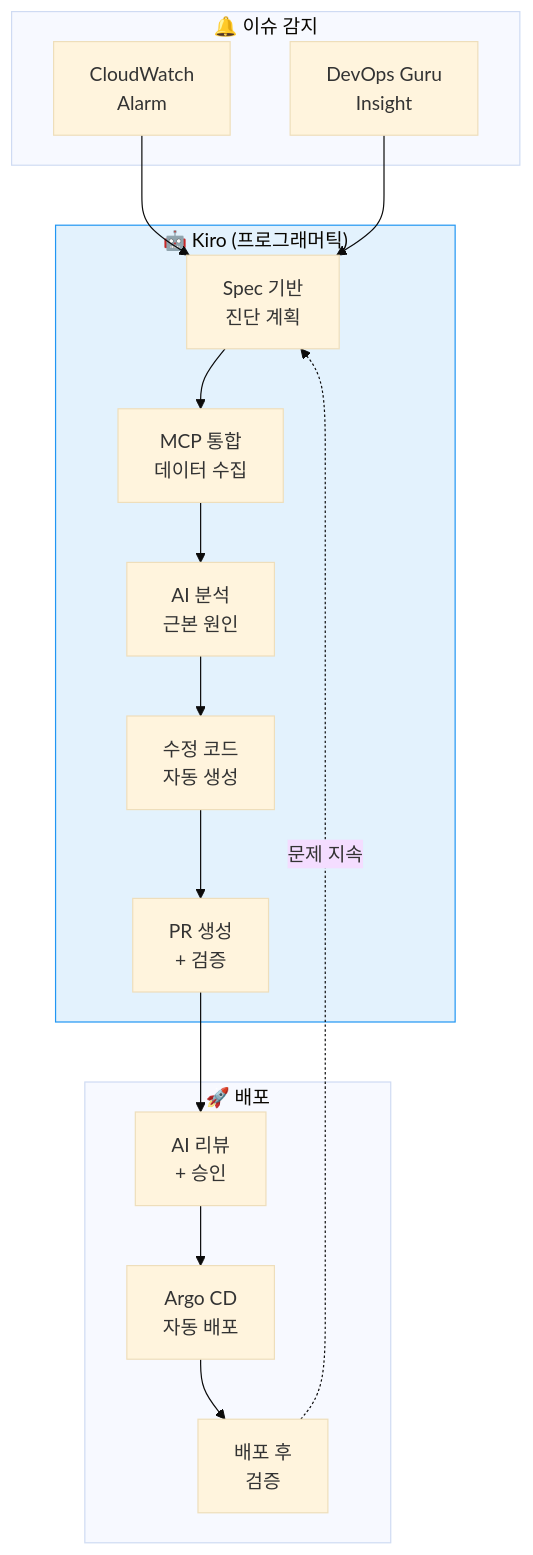
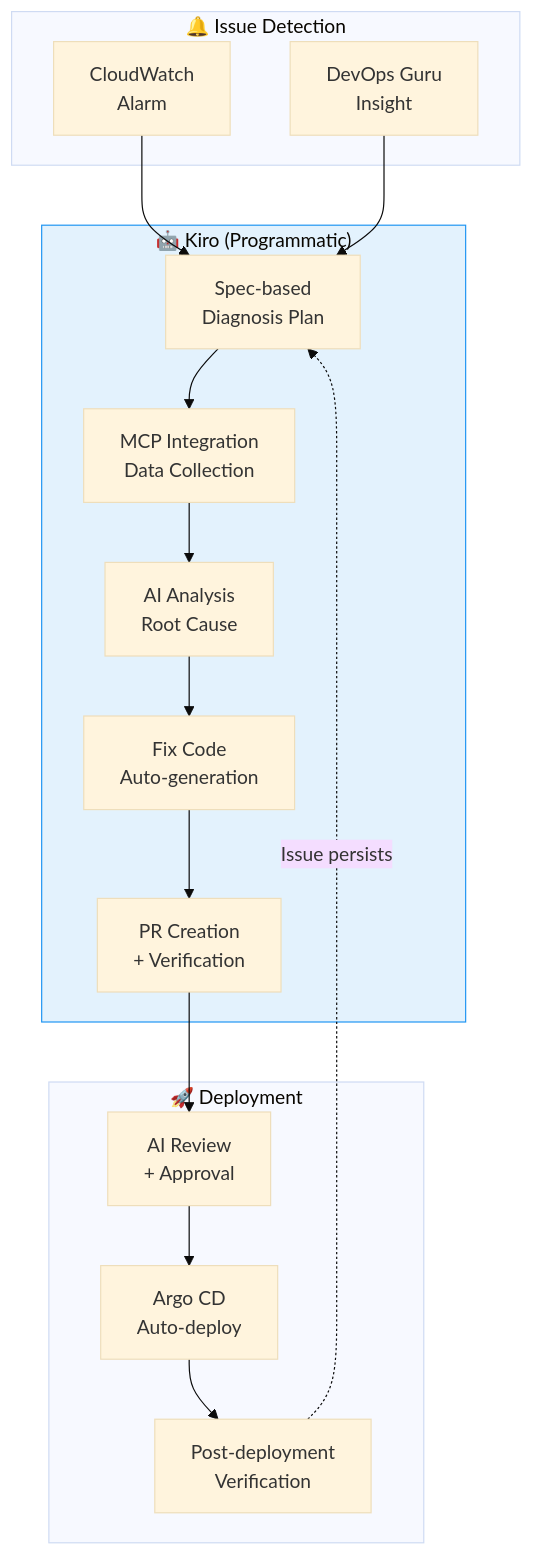
One commit to devfloor9/engineering-playbook changed the second of 3 diagrams in docs/aidlc/operations/autonomous-response.md. Above: the diagram before and after it, drawn with Mermaid (base theme). The commit also changed other lines of this file and 954 other files, not shown here.

````diff
--- a/docs/aidlc/operations/autonomous-response.md
+++ b/docs/aidlc/operations/autonomous-response.md
@@ -390,29 +390,29 @@
 ```mermaid
 graph TD
-    subgraph Trigger2["🔔 이슈 감지"]
+    subgraph Trigger2["🔔 Issue Detection"]
         ALERT["CloudWatch<br/>Alarm"]
         GURU["DevOps Guru<br/>Insight"]
     end
 
-    subgraph Kiro2["🤖 Kiro (프로그래머틱)"]
-        SPEC["Spec 기반<br/>진단 계획"]
-        MCP_Q["MCP 통합<br/>데이터 수집"]
-        ANALYZE2["AI 분석<br/>근본 원인"]
-        FIX["수정 코드<br/>자동 생성"]
-        PR["PR 생성<br/>+ 검증"]
+    subgraph Kiro2["🤖 Kiro (Programmatic)"]
+        SPEC["Spec-based<br/>Diagnosis Plan"]
+        MCP_Q["MCP Integration<br/>Data Collection"]
+        ANALYZE2["AI Analysis<br/>Root Cause"]
+        FIX["Fix Code<br/>Auto-generation"]
+        PR["PR Creation<br/>+ Verification"]
     end
 
-    subgraph Deploy2["🚀 배포"]
-        REVIEW["AI 리뷰<br/>+ 승인"]
-        ARGO2["Argo CD<br/>자동 배포"]
-        VERIFY["배포 후<br/>검증"]
+    subgraph Deploy2["🚀 Deployment"]
+        REVIEW["AI Review<br/>+ Approval"]
+        ARGO2["Argo CD<br/>Auto-deploy"]
+        VERIFY["Post-deployment<br/>Verification"]
     end
 
     ALERT --> SPEC
     GURU --> SPEC
     SPEC --> MCP_Q --> ANALYZE2 --> FIX --> PR
     PR --> REVIEW --> ARGO2 --> VERIFY
-    VERIFY -.->|문제 지속| SPEC
+    VERIFY -.->|Issue persists| SPEC
 
     style Kiro2 fill:#e3f2fd,stroke:#2196f3
 ```
````
